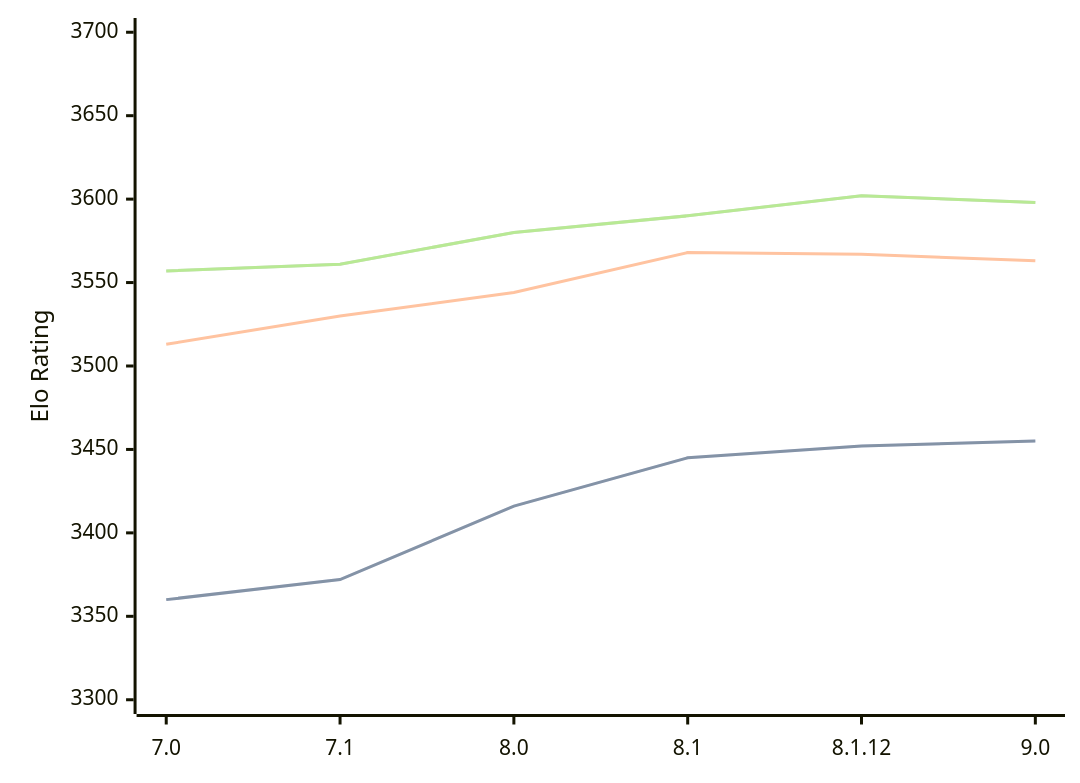
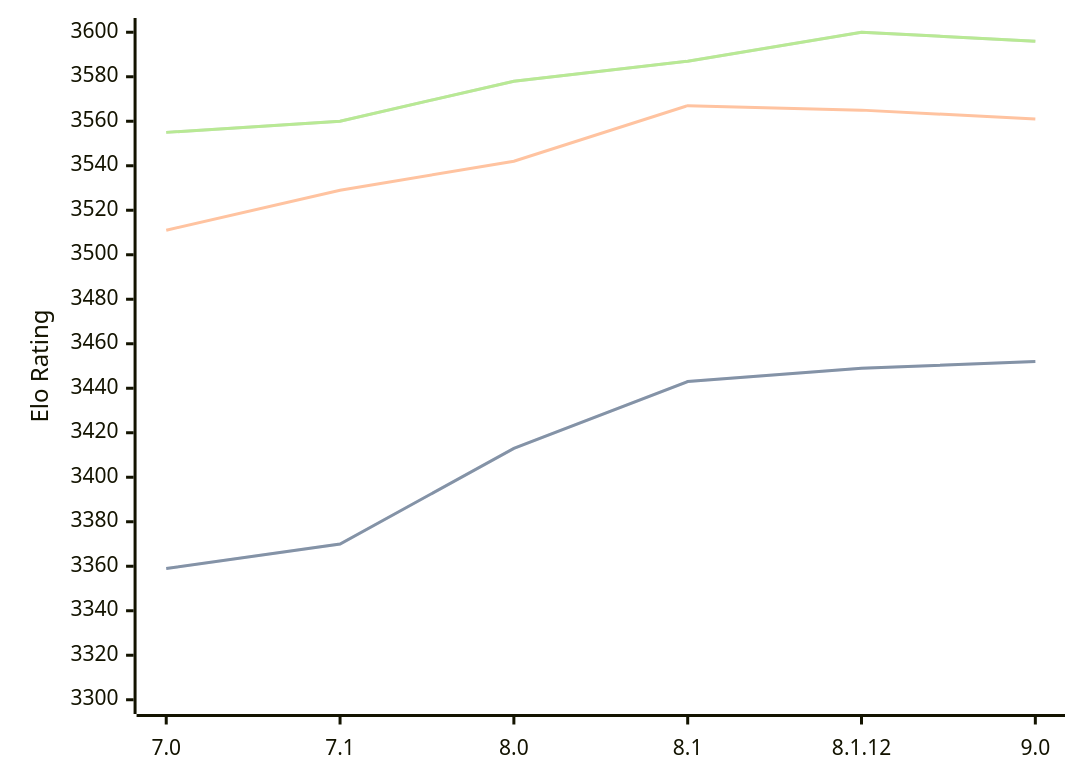
Before and after one commit to computer-chess-index/cci: the diagram in engines/Alexandria.md, drawn with Mermaid. The commit also changed other lines of this file, not shown here.

Commit message:
Update CCI Ratings (ELO VLTC) - 2026-03-31

````diff
--- a/engines/Alexandria.md
+++ b/engines/Alexandria.md
@@ -55,11 +55,11 @@
 ```mermaid
 %%{init: {"theme":"base","themeVariables":{"seriesColors:['#a3a3a3','#222221','#faa371']}}}%%
 xychart-beta
   x-axis ["7.0", "7.1", "8.0", "8.1", "8.1.12", "9.0"]
-  y-axis "Elo Rating" 3300 --> 3700
-  line "STC (8.0+0.08s)" [3360, 3372, 3416, 3445, 3452, 3455]
-  line "STC (8.0+0.08s)" [3360, 3372, 3416, 3445, 3452, 3455]
-  line "LTC (60.0+0.60s)" [3513, 3530, 3544, 3568, 3567, 3563]
-  line "VLTC (2m24s+1.12s)" [3557, 3561, 3580, 3590, 3602, 3598]
-  line "VLTC (2m24s+1.12s)" [3557, 3561, 3580, 3590, 3602, 3598]
+  y-axis "Elo Rating" 3300 --> 3600
+  line "STC (8.0+0.08s)" [3359, 3370, 3413, 3443, 3449, 3452]
+  line "STC (8.0+0.08s)" [3359, 3370, 3413, 3443, 3449, 3452]
+  line "LTC (60.0+0.60s)" [3511, 3529, 3542, 3567, 3565, 3561]
+  line "VLTC (2m24s+1.12s)" [3555, 3560, 3578, 3587, 3600, 3596]
+  line "VLTC (2m24s+1.12s)" [3555, 3560, 3578, 3587, 3600, 3596]
 ```
````
